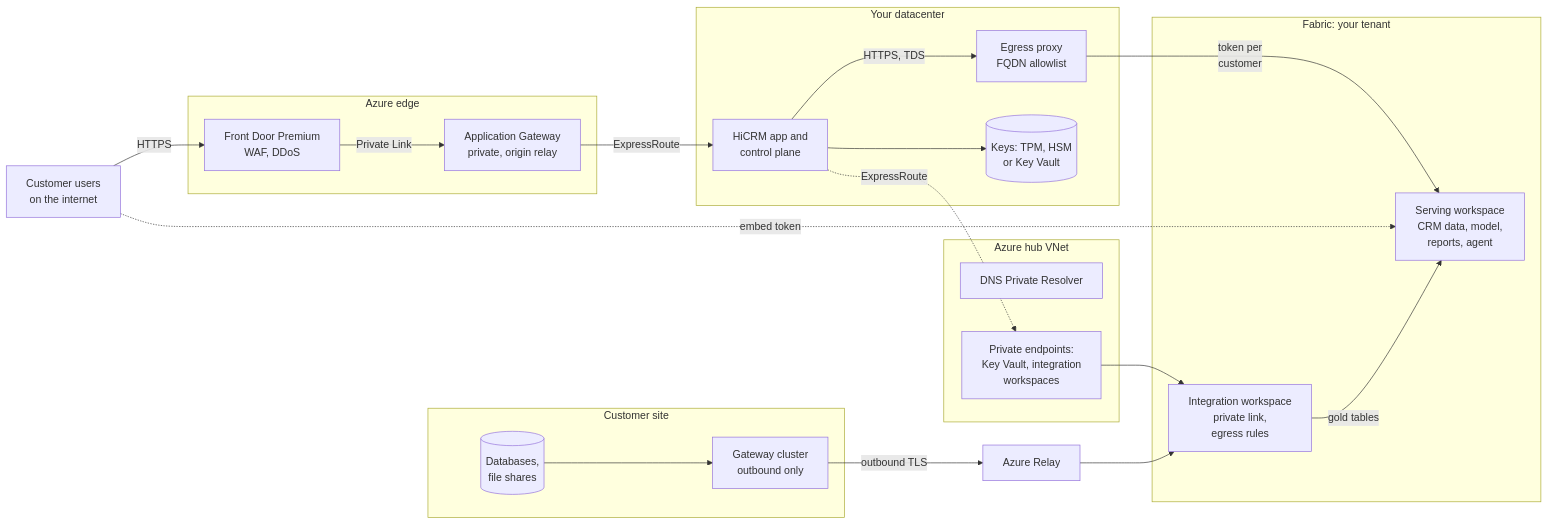
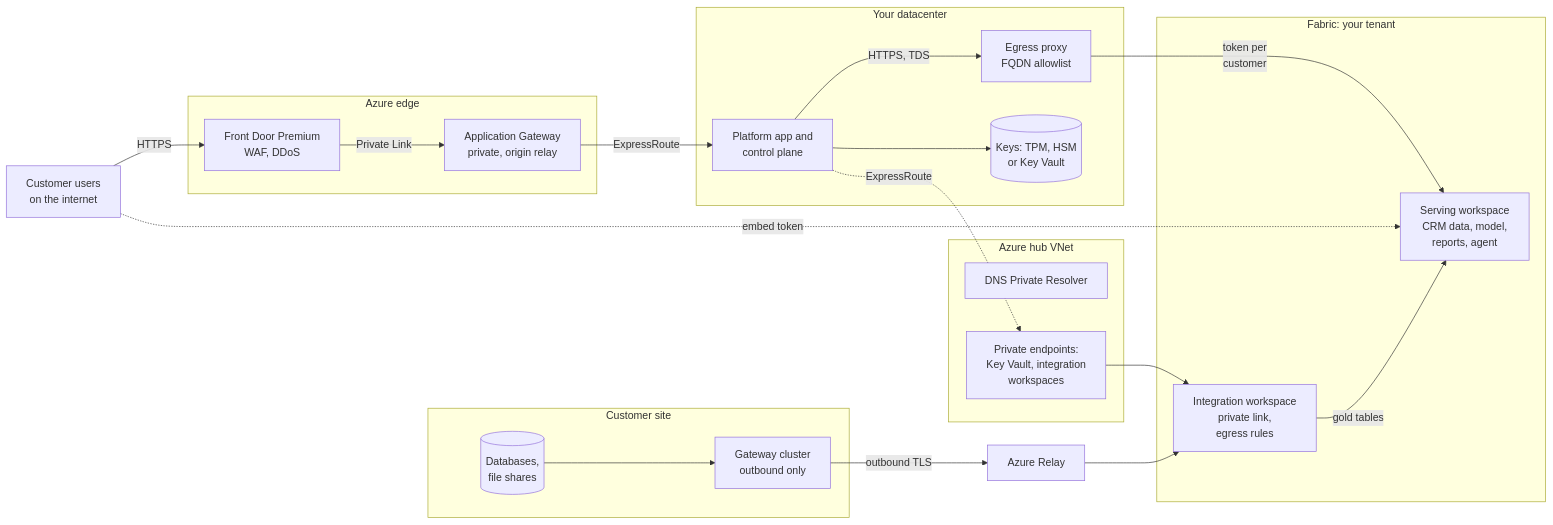
Before and after one commit to apkola29/fabric: the second of 11 diagrams in saas-platform/DEPLOYMENT-ARCHITECTURES.md, drawn with Mermaid. The commit also changed other lines of this file and 72 other files, not shown here.

First line of the commit message:
saas-platform: rename HiCRM to the platform app; official Fabric icons

````diff
--- a/saas-platform/DEPLOYMENT-ARCHITECTURES.md
+++ b/saas-platform/DEPLOYMENT-ARCHITECTURES.md
@@ -119,39 +119,39 @@
 ```mermaid
 flowchart LR
   U["Customer users<br/>on the internet"]
   subgraph EDGE["Azure edge"]
     AFD["Front Door Premium<br/>WAF, DDoS"]
     AGW["Application Gateway<br/>private, origin relay"]
   end
   subgraph DC["Your datacenter"]
-    APP["HiCRM app and<br/>control plane"]
+    APP["Platform app and<br/>control plane"]
     EGR["Egress proxy<br/>FQDN allowlist"]
     KEYS[("Keys: TPM, HSM<br/>or Key Vault")]
   end
   subgraph HUB["Azure hub VNet"]
     DNS["DNS Private Resolver"]
     PE["Private endpoints:<br/>Key Vault, integration<br/>workspaces"]
   end
   subgraph CUST["Customer site"]
     SRC[("Databases,<br/>file shares")]
     GW["Gateway cluster<br/>outbound only"]
   end
   subgraph FAB["Fabric: your tenant"]
     SERVE["Serving workspace<br/>CRM data, model,<br/>reports, agent"]
     INTEG["Integration workspace<br/>private link,<br/>egress rules"]
   end
   RELAY["Azure Relay"]
   U -->|"HTTPS"| AFD
   AFD -->|"Private Link"| AGW
   AGW -->|"ExpressRoute"| APP
   APP --> KEYS
   APP -->|"HTTPS, TDS"| EGR
   EGR -->|"token per<br/>customer"| SERVE
   APP -.->|"ExpressRoute"| PE
   PE --> INTEG
   U -.->|"embed token"| SERVE
   SRC --> GW
   GW -->|"outbound TLS"| RELAY
   RELAY --> INTEG
   INTEG -->|"gold tables"| SERVE
 ```
````
